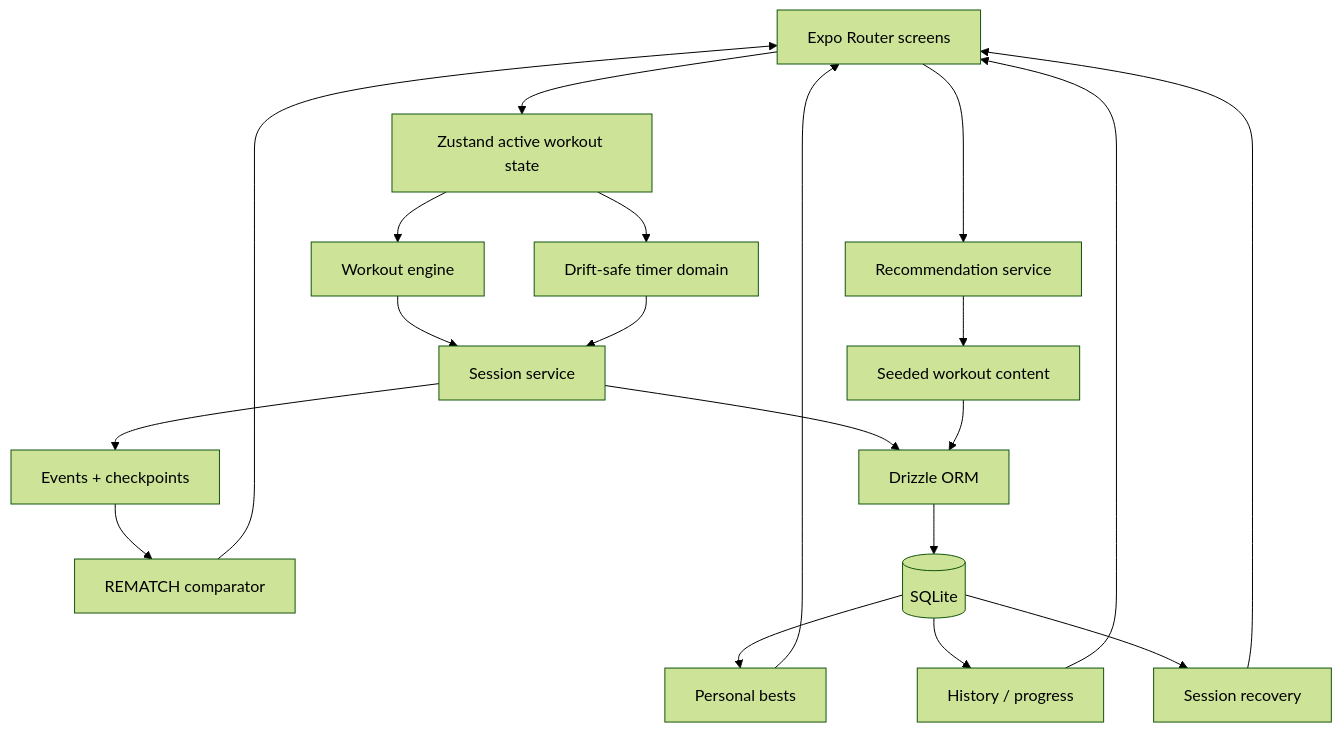
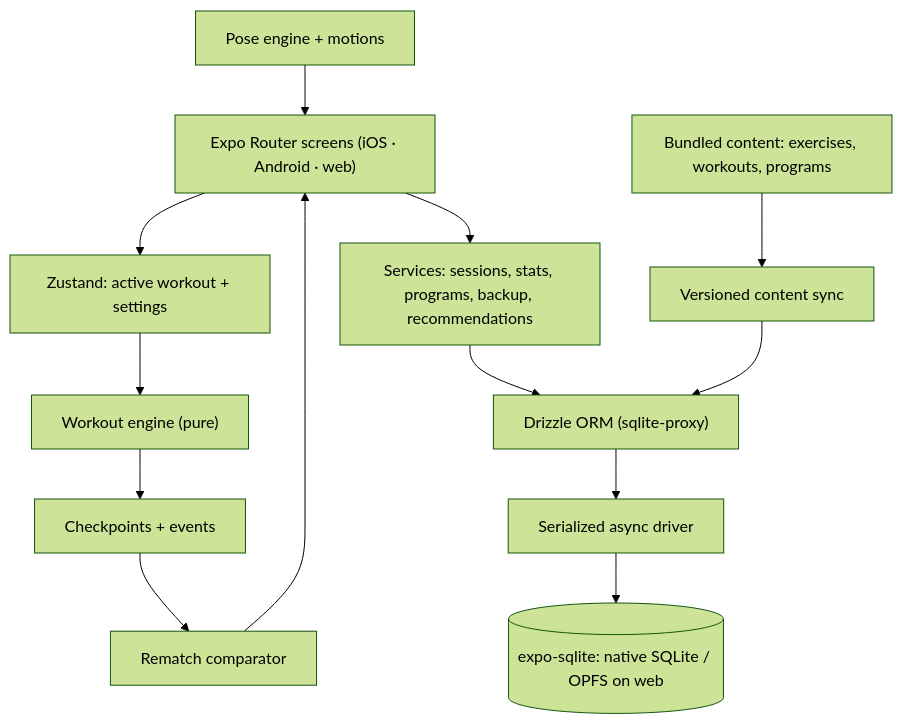
One commit to sdziupin/Rematch changed the second of 2 diagrams in README.md. Above: the diagram before and after it, drawn with Mermaid (forest theme). The commit also changed other lines of this file and 20 other files, not shown here.

First line of the commit message:
Web PWA shell, offline service worker, resume banner, session notes

````diff
--- a/README.md
+++ b/README.md
@@ -130,26 +150,15 @@
 ```mermaid
 flowchart TB
-    UI["Expo Router screens"] --> STORE["Zustand active workout state"]
-    UI --> REC["Recommendation service"]
-
-    STORE --> ENGINE["Workout engine"]
-    STORE --> TIMER["Drift-safe timer domain"]
-    ENGINE --> SESSION["Session service"]
-    TIMER --> SESSION
-
-    SESSION --> EVENTS["Events + checkpoints"]
-    EVENTS --> RACE["REMATCH comparator"]
+    UI["Expo Router screens (iOS · Android · web)"] --> STORE["Zustand: active workout + settings"]
+    UI --> SVC["Services: sessions, stats, programs, backup, recommendations"]
+    STORE --> ENGINE["Workout engine (pure)"]
+    ENGINE --> EVENTS["Checkpoints + events"]
+    EVENTS --> RACE["Rematch comparator"]
     RACE --> UI
-
-    SESSION --> ORM["Drizzle ORM"]
-    REC --> DATA["Seeded workout content"]
-    DATA --> ORM
-    ORM --> DB[("SQLite")]
-
-    DB --> PB["Personal bests"]
-    DB --> HISTORY["History / progress"]
-    DB --> RECOVERY["Session recovery"]
-    PB --> UI
-    HISTORY --> UI
-    RECOVERY --> UI
+    SVC --> ORM["Drizzle ORM (sqlite-proxy)"]
+    ORM --> QUEUE["Serialized async driver"]
+    QUEUE --> SQLITE[("expo-sqlite: native SQLite / OPFS on web")]
+    CONTENT["Bundled content: exercises, workouts, programs"] --> SYNC["Versioned content sync"]
+    SYNC --> ORM
+    ANIM["Pose engine + motions"] --> UI
 ```
````
